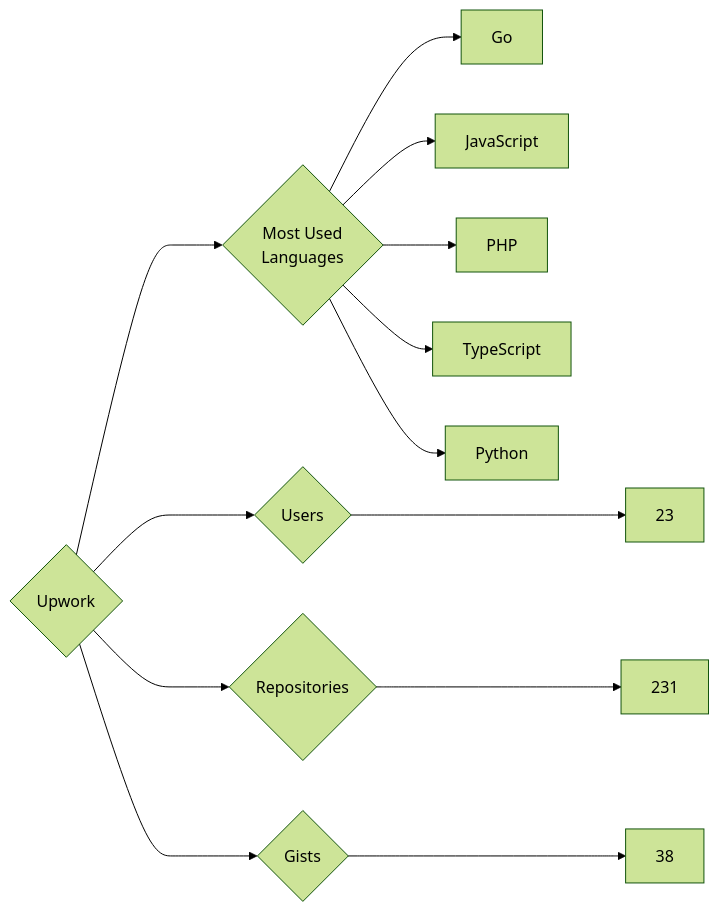
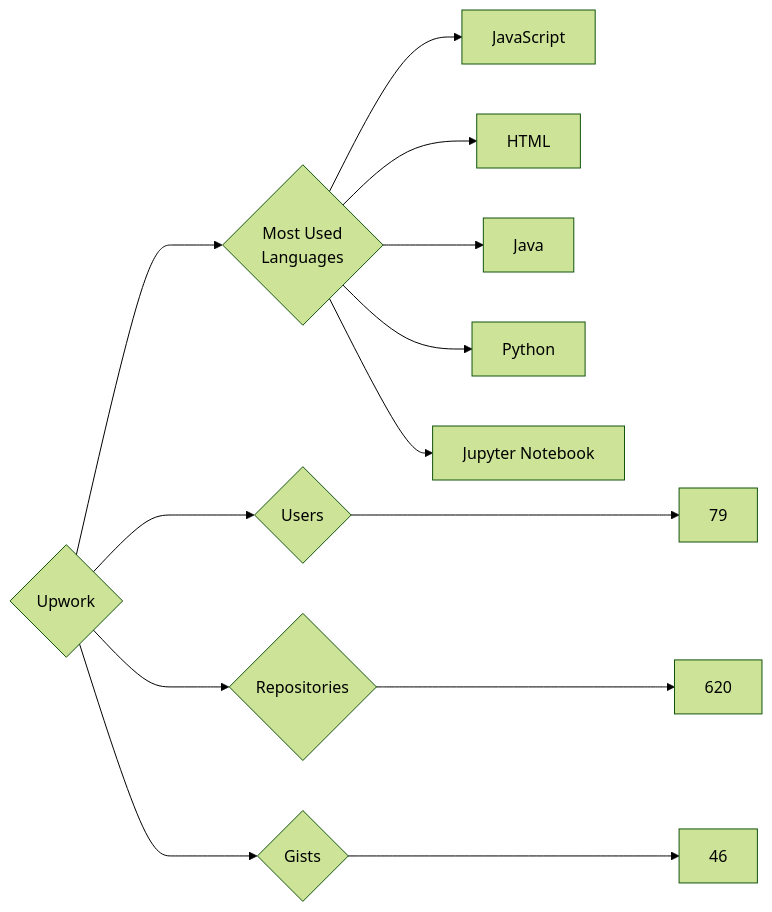
One commit to trickest/insiders changed the diagram in targets/Upwork/README.md. Above: the diagram before and after it, drawn with Mermaid (forest theme). The commit also changed 928 other files, not shown here.

````diff
--- a/targets/Upwork/README.md
+++ b/targets/Upwork/README.md
@@ -3,13 +3,13 @@
 ```mermaid
 graph LR
 COMPANY_NAME{Upwork}
-COMPANY_NAME ---> U{Users} ---> UN[23]
-COMPANY_NAME ---> R{Repositories} ---> RN[231]
-COMPANY_NAME ---> G{Gists} ---> GN[38]
+COMPANY_NAME ---> U{Users} ---> UN[79]
+COMPANY_NAME ---> R{Repositories} ---> RN[620]
+COMPANY_NAME ---> G{Gists} ---> GN[46]
 COMPANY_NAME ---> ML{Most Used<br>Languages}
-ML --> Go[Go]
 ML --> JavaScript[JavaScript]
-ML --> PHP[PHP]
-ML --> TypeScript[TypeScript]
+ML --> HTML[HTML]
+ML --> Java[Java]
 ML --> Python[Python]
+ML --> Jupyter_Notebook[Jupyter Notebook]
 ```
````
